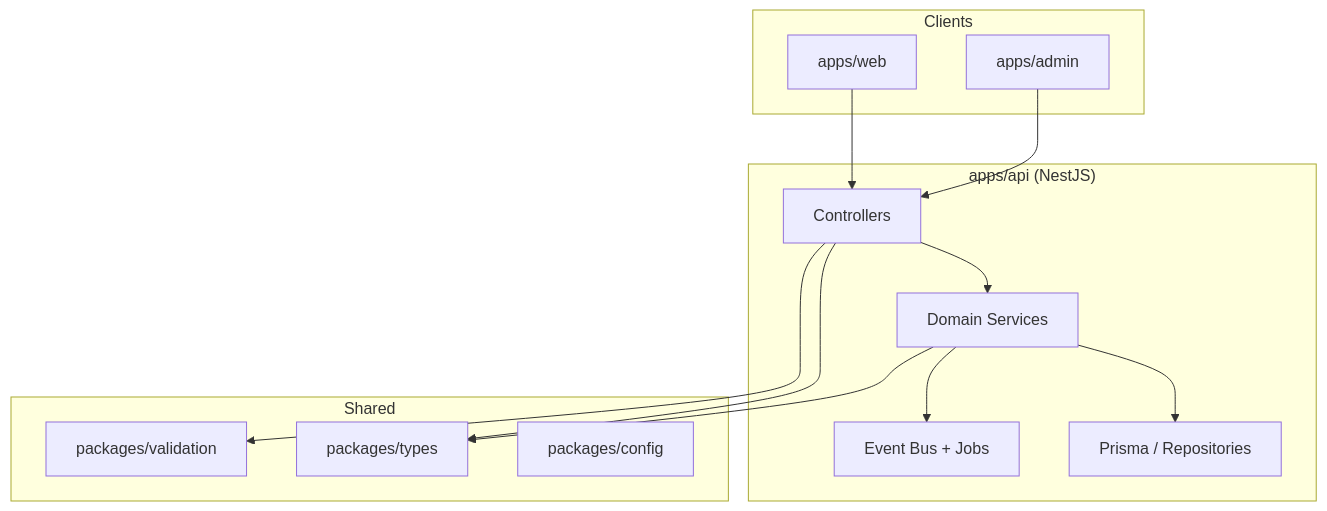
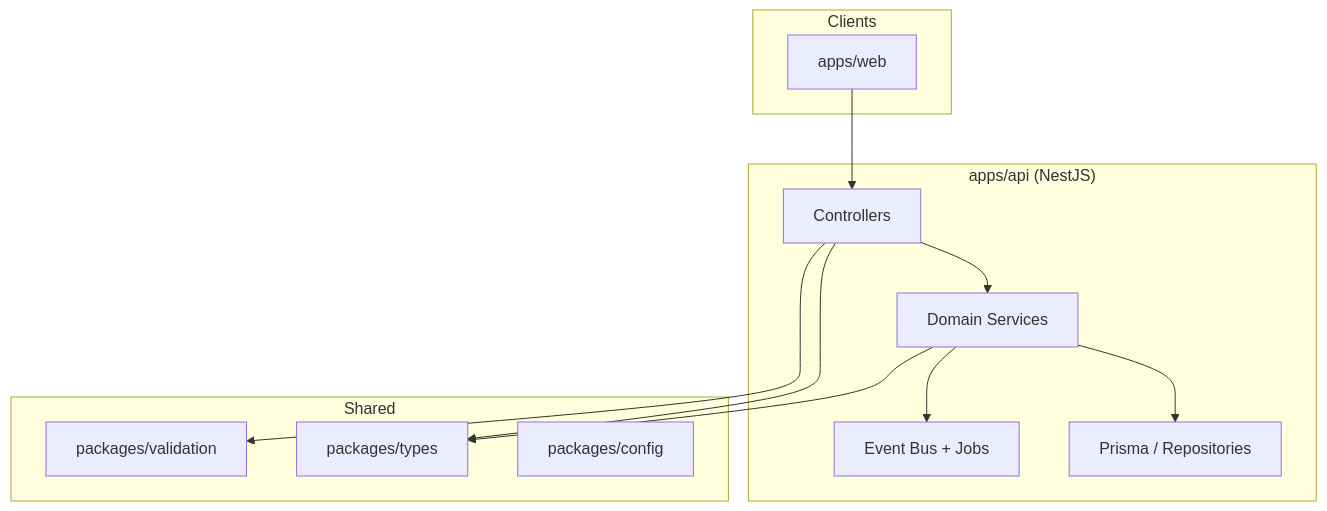
Before and after one commit to golpochat/community-marketplace: the diagram in docs/architecture/modular-monolith.md, drawn with Mermaid. The commit also changed other lines of this file and 64 other files, not shown here.

````diff
--- a/docs/architecture/modular-monolith.md
+++ b/docs/architecture/modular-monolith.md
@@ -18,27 +18,26 @@
 ```mermaid
 flowchart TB
   subgraph Clients
     WEB[apps/web]
-    ADMIN[apps/admin]
   end
 
   subgraph API["apps/api (NestJS)"]
     CTRL[Controllers]
     SVC[Domain Services]
     REPO[Prisma / Repositories]
     EVT[Event Bus + Jobs]
   end
 
   subgraph Shared
     TYPES[packages/types]
     VAL[packages/validation]
     CFG[packages/config]
   end
 
-  WEB & ADMIN --> CTRL
+  WEB --> CTRL
   CTRL --> SVC
   SVC --> REPO
   SVC --> EVT
   CTRL & SVC --> TYPES
   CTRL --> VAL
 ```
````
